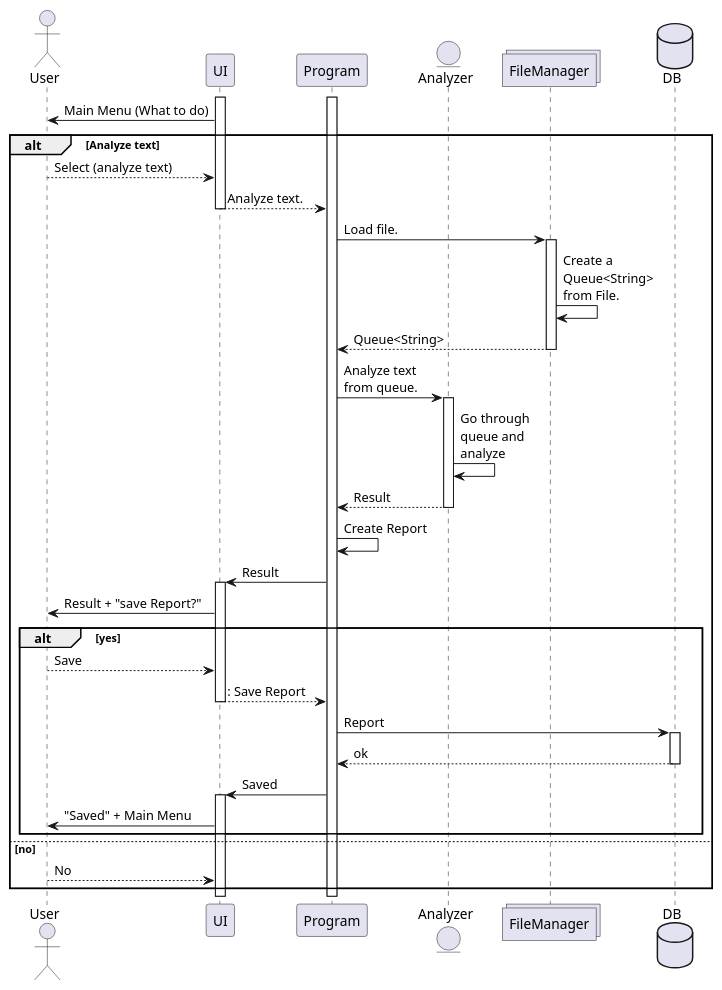
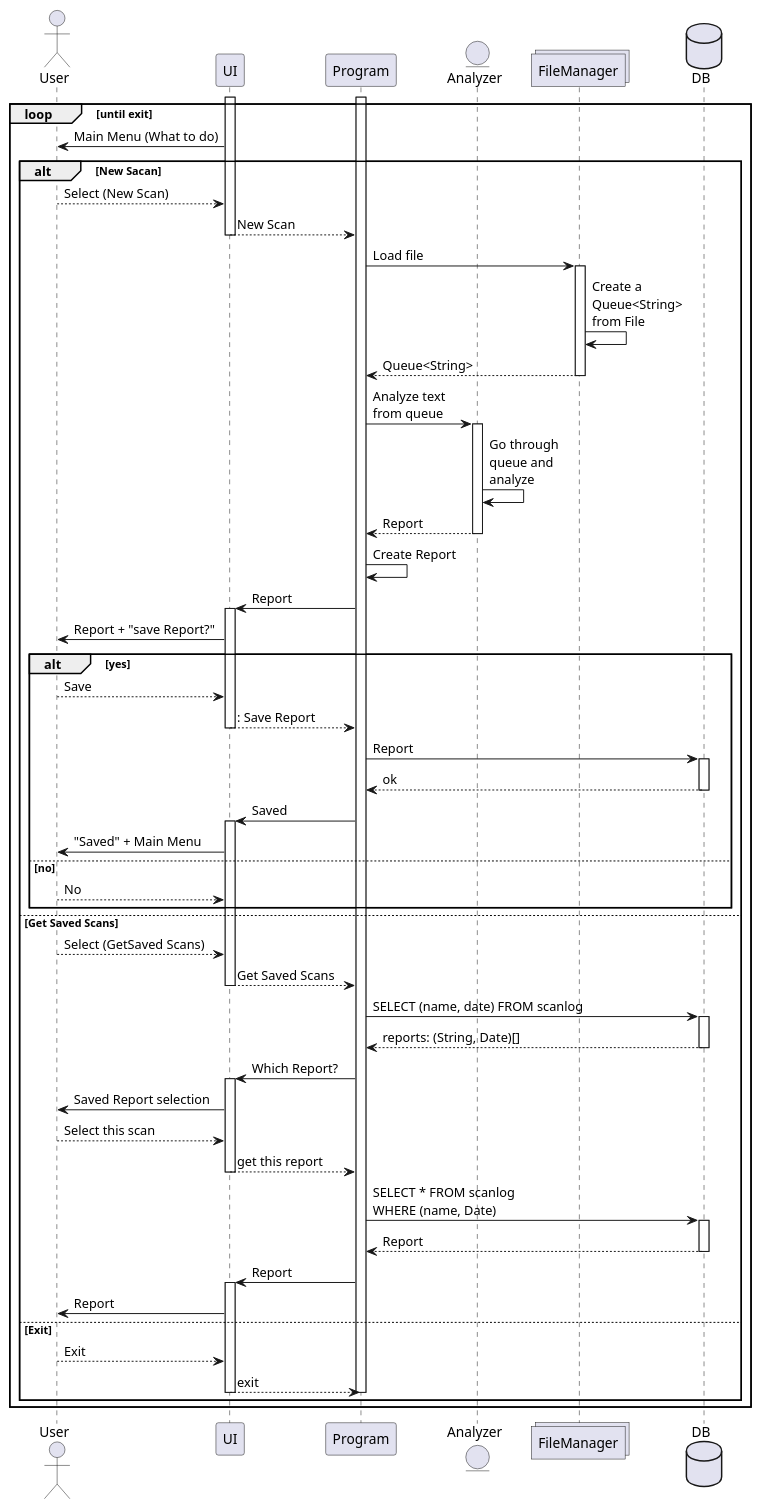
Before and after one commit to Mimeas-Studies/pgr3302-1-Software-Design-Exam: the diagram in diagrams/runtime.puml, drawn with PlantUML.

Commit message:
Added other scenarios user can select to sequence

```diff
--- a/diagrams/runtime.puml
+++ b/diagrams/runtime.puml
@@ -1,58 +1,88 @@
 @startuml
 'https://plantuml.com/sequence-diagram
 
 'participents
 actor User
 participant UI
 participant Program
 entity Analyzer
 collections FileManager
 database DB
 
 activate Program
 activate UI
 
-
+loop until exit
 UI -> User: Main Menu (What to do)
 
-alt Analyze text
+alt New Sacan
 
-User --> UI: Select (analyze text)
-UI --> Program: Analyze text.
+User --> UI: Select (New Scan)
+UI --> Program: New Scan
 deactivate UI
 
-Program -> FileManager: Load file.
+Program -> FileManager: Load file
 activate FileManager
-FileManager -> FileManager: Create a\nQueue<String>\nfrom File.
+FileManager -> FileManager: Create a\nQueue<String>\nfrom File
 return Queue<String>
 
 
-Program -> Analyzer: Analyze text\nfrom queue.
+Program -> Analyzer: Analyze text\nfrom queue
 activate Analyzer
 Analyzer -> Analyzer: Go through\nqueue and\nanalyze
-return Result
+return Report
 
 'This is only ToString()
 Program -> Program: Create Report
 
-Program -> UI: Result
+Program -> UI: Report
 activate UI
-UI -> User: Result + "save Report?"
+UI -> User: Report + "save Report?"
 alt yes
 User --> UI: Save
 return: Save Report
 
 Program -> DB: Report
 activate DB
 return ok
 
 Program -> UI: Saved
 activate UI
 UI -> User: "Saved" + Main Menu
-end
 else no
 User --> UI: No
 end
 
+else Get Saved Scans
+
+User --> UI: Select (GetSaved Scans)
+return Get Saved Scans
+
+Program -> DB: SELECT (name, date) FROM scanlog
+activate DB
+return reports: (String, Date)[]
+
+Program -> UI: Which Report?
+activate UI
+UI -> User: Saved Report selection
+User --> UI: Select this scan
+return get this report
+
+Program -> DB:\
+SELECT * FROM scanlog\n\
+WHERE (name, Date)
+activate DB
+return Report
+
+Program -> UI: Report
+activate UI
+UI -> User: Report
+else Exit
+User --> UI: Exit
+return exit
+deactivate Program
+end
+end
+
 
 @enduml
```
